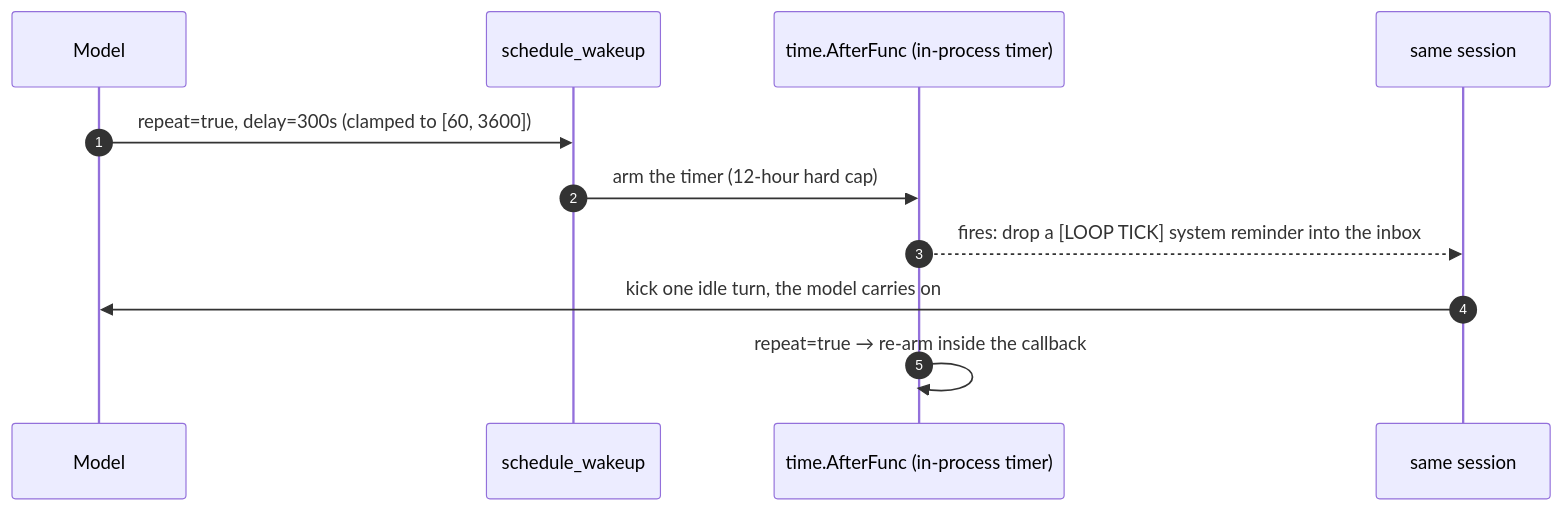
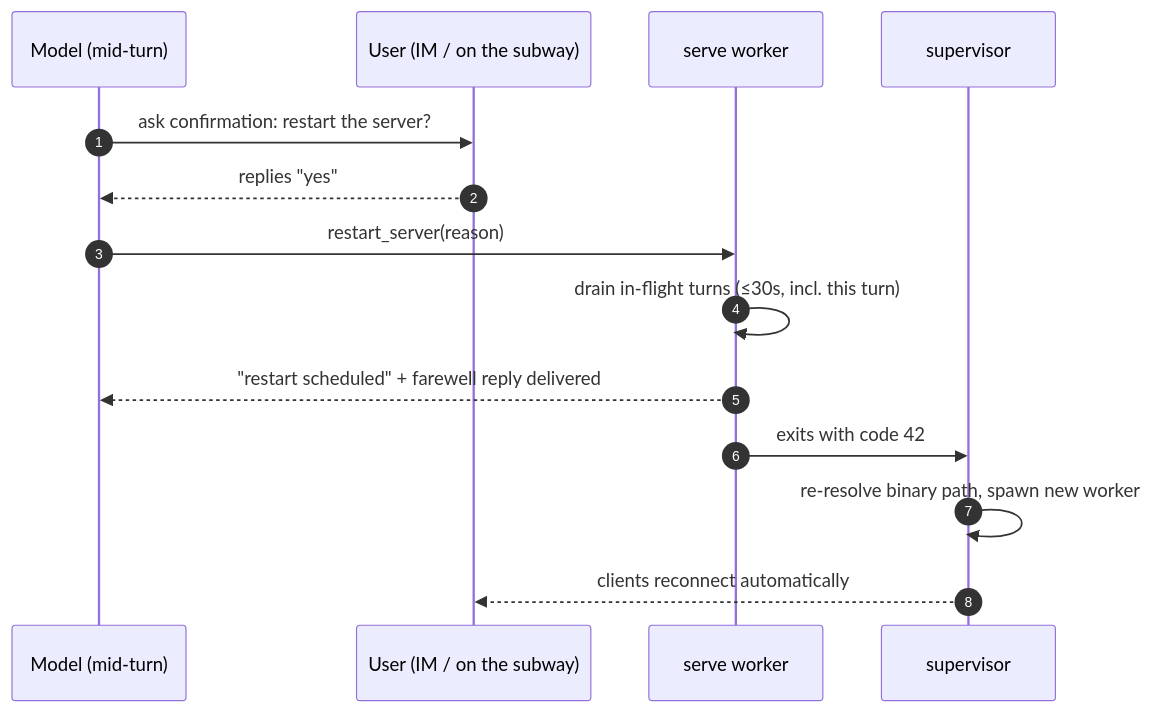
The fourth of 5 diagrams in blog/src/content/posts/en/architecture-deep-dive.md (qwer233qq/octo-agent), drawn with Mermaid before and after one commit. The commit also changed other lines of this file and 1 other file, not shown here.

````diff
--- a/blog/src/content/posts/en/architecture-deep-dive.md
+++ b/blog/src/content/posts/en/architecture-deep-dive.md
@@ -269,14 +216,16 @@
 ```mermaid
 sequenceDiagram
     autonumber
-    participant M as Model
-    participant W as schedule_wakeup
-    participant T as time.AfterFunc (in-process timer)
-    participant S as same session
-
-    M->>W: repeat=true, delay=300s (clamped to [60, 3600])
-    W->>T: arm the timer (12-hour hard cap)
-    T-->>S: fires: drop a [LOOP TICK] system reminder into the inbox
-    S->>M: kick one idle turn, the model carries on
-    T->>T: repeat=true → re-arm inside the callback
+    participant M as Model (mid-turn)
+    participant U as User (IM / on the subway)
+    participant W as serve worker
+    participant S as supervisor
+    M->>U: ask confirmation: restart the server?
+    U-->>M: replies "yes"
+    M->>W: restart_server(reason)
+    W->>W: drain in-flight turns (≤30s, incl. this turn)
+    W-->>M: "restart scheduled" + farewell reply delivered
+    W->>S: exits with code 42
+    S->>S: re-resolve binary path, spawn new worker
+    S-->>U: clients reconnect automatically
 ```
````
